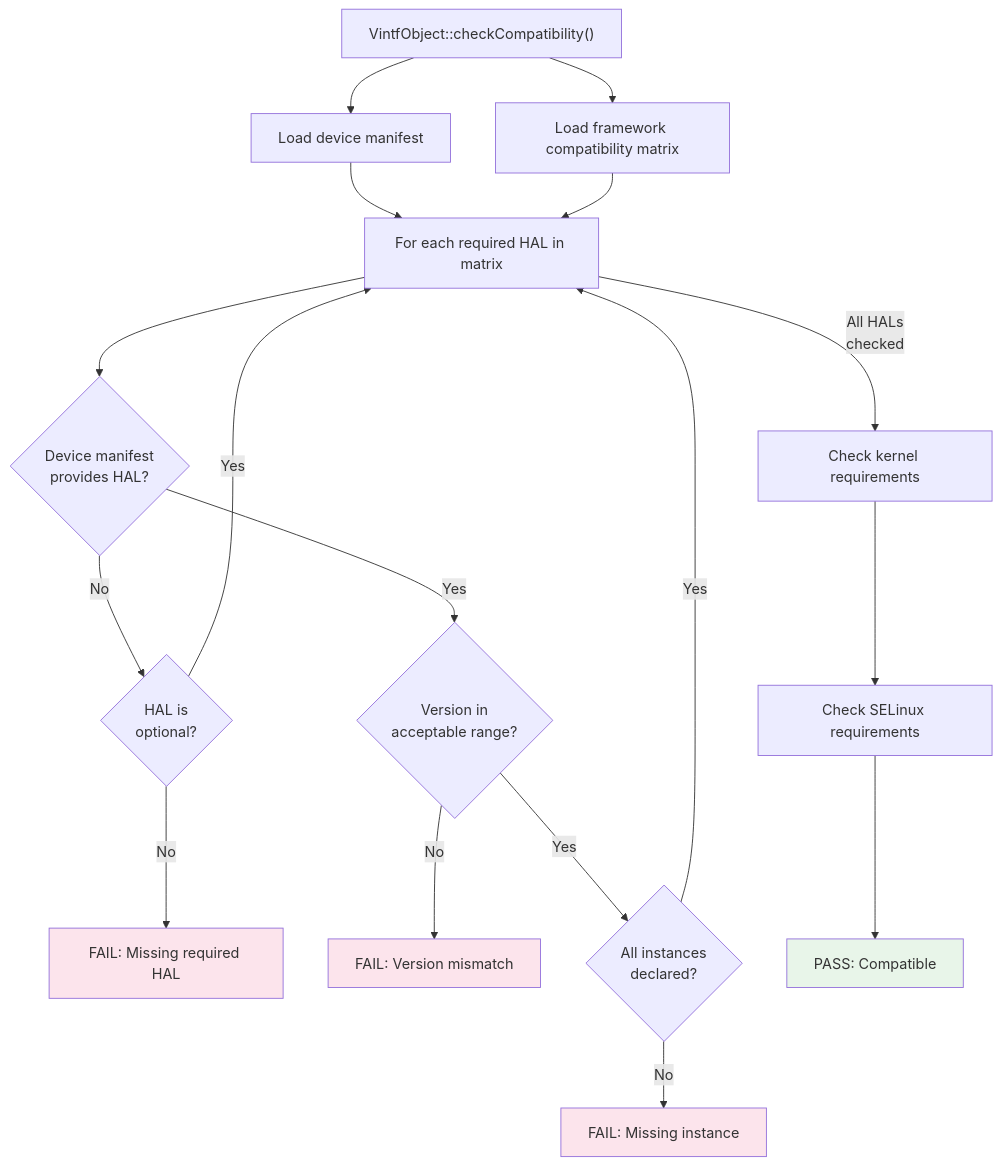
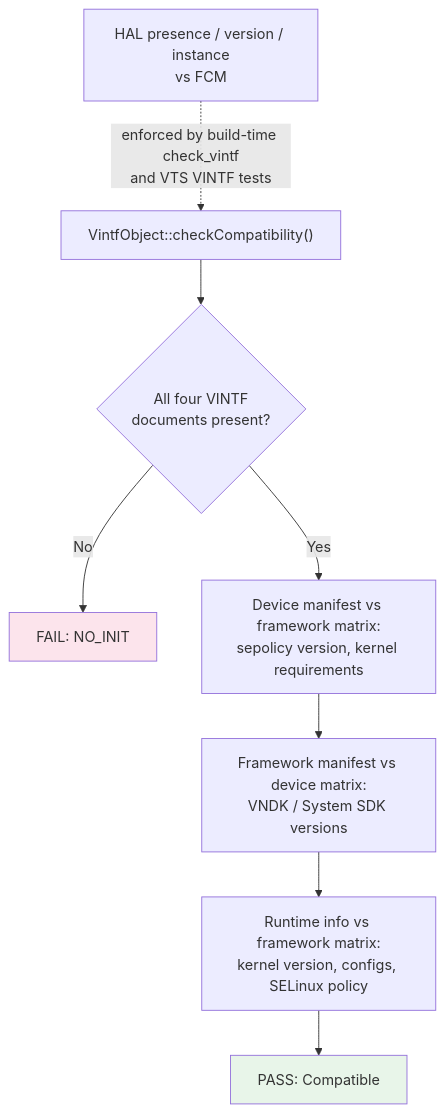
One commit to aospbooks/aosp-internal-book changed diagram 17 of 28 in 10-hal.md. Above: the diagram before and after it, drawn with Mermaid. The commit also changed other lines of this file and 218 other files, not shown here.

````diff
--- a/10-hal.md
+++ b/10-hal.md
@@ -2839,24 +2889,13 @@
 ```mermaid
 flowchart TD
-    A["VintfObject::checkCompatibility()"] --> B["Load device manifest"]
-    A --> C["Load framework compatibility matrix"]
-    B --> D["For each required HAL in matrix"]
-    C --> D
-    D --> E{"Device manifest<br/>provides HAL?"}
-    E -->|No| F{"HAL is<br/>optional?"}
-    F -->|Yes| D
-    F -->|No| G["FAIL: Missing required HAL"]
-    E -->|Yes| H{"Version in<br/>acceptable range?"}
-    H -->|No| I["FAIL: Version mismatch"]
-    H -->|Yes| J{"All instances<br/>declared?"}
-    J -->|No| K["FAIL: Missing instance"]
-    J -->|Yes| D
-    D -->|"All HALs<br/>checked"| L["Check kernel requirements"]
-    L --> M["Check SELinux requirements"]
-    M --> N["PASS: Compatible"]
+    A["VintfObject::checkCompatibility()"] --> B{"All four VINTF<br/>documents present?"}
+    B -->|No| C["FAIL: NO_INIT"]
+    B -->|Yes| D["Device manifest vs framework matrix:<br/>sepolicy version, kernel requirements"]
+    D --> E["Framework manifest vs device matrix:<br/>VNDK / System SDK versions"]
+    E --> F["Runtime info vs framework matrix:<br/>kernel version, configs, SELinux policy"]
+    F --> G["PASS: Compatible"]
+    H["HAL presence / version / instance<br/>vs FCM"] -.->|"enforced by build-time check_vintf<br/>and VTS VINTF tests"| A
 
-    style G fill:#fce4ec
-    style I fill:#fce4ec
-    style K fill:#fce4ec
-    style N fill:#e8f5e9
+    style C fill:#fce4ec
+    style G fill:#e8f5e9
 ```
````
